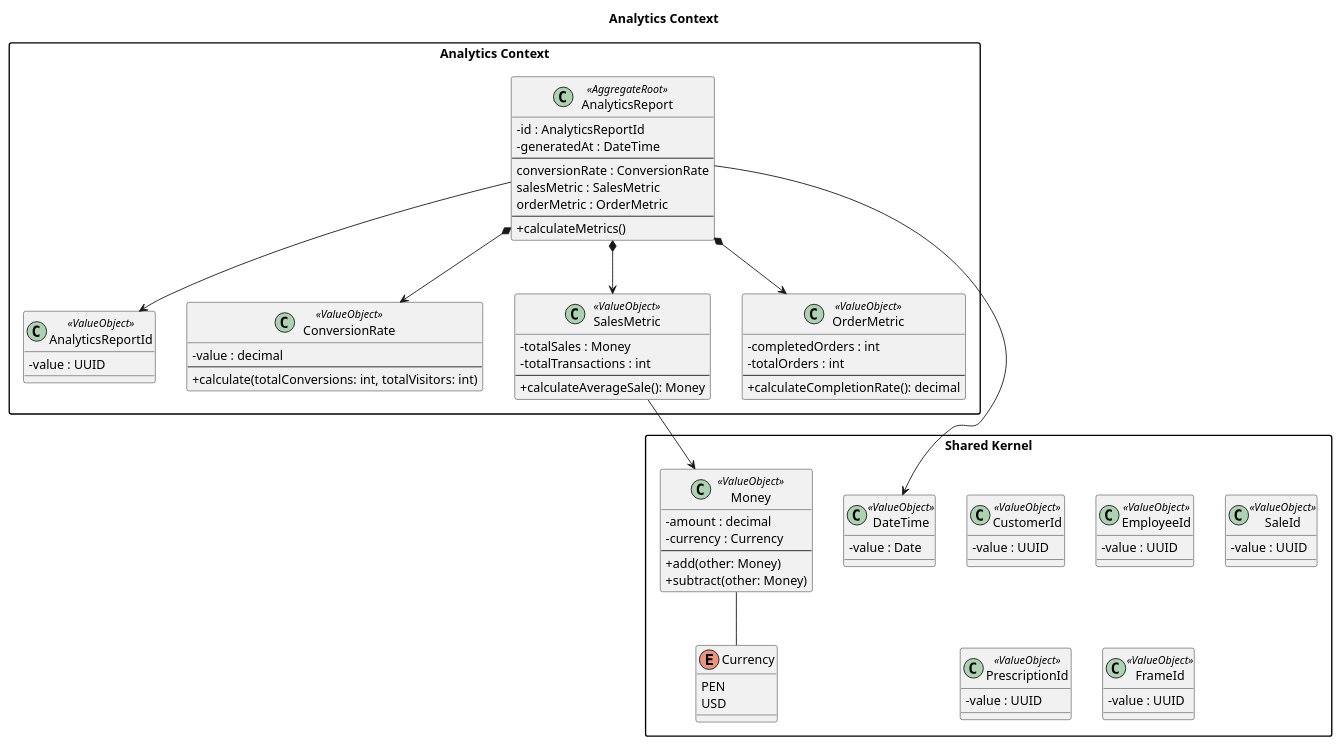
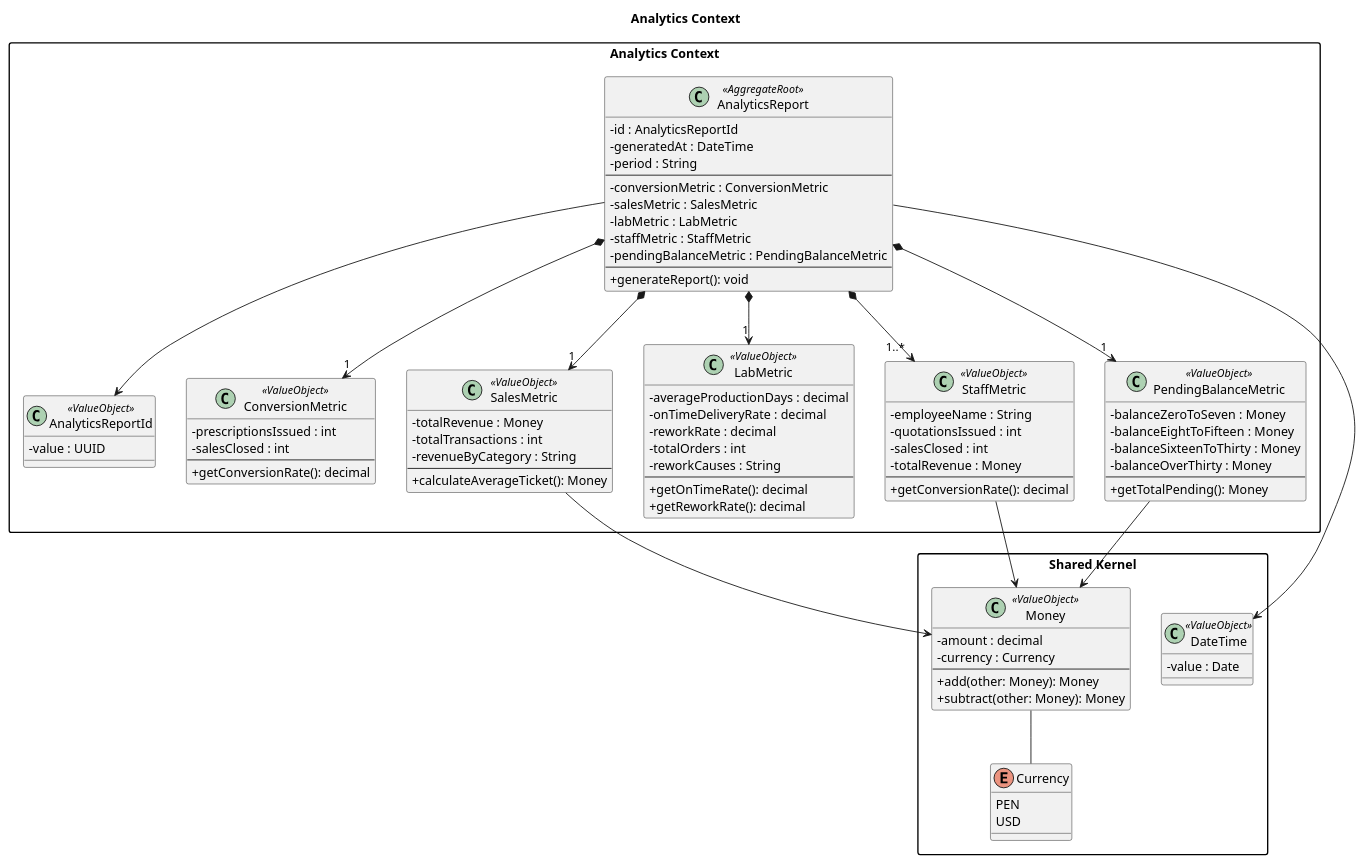
The diagram in docs/class-diagrams-backend/class-diagram-analytics-shared.puml (1asi0730-2610-10203-OptiFlow/OptiFlow-Report-Stable), drawn with PlantUML before and after one commit. The commit also changed 5 other files, not shown here.

Commit message:
docs(backend-diagrams): update backend class diagrams

```diff
--- a/docs/class-diagrams-backend/class-diagram-analytics-shared.puml
+++ b/docs/class-diagrams-backend/class-diagram-analytics-shared.puml
@@ -1,89 +1,100 @@
 @startuml
 title Analytics Context
 skinparam classAttributeIconSize 0
 skinparam packageStyle rectangle
 
 package "Shared Kernel" {
-class "CustomerId" <<ValueObject>> {
-- value : UUID
-}
-class "EmployeeId" <<ValueObject>> {
-- value : UUID
-}
-class "SaleId" <<ValueObject>> {
-- value : UUID
-}
-class "PrescriptionId" <<ValueObject>> {
-- value : UUID
-}
-class "FrameId" <<ValueObject>> {
-- value : UUID
-}
 class "DateTime" <<ValueObject>> {
 - value : Date
 }
 class "Money" <<ValueObject>> {
 - amount : decimal
 - currency : Currency
 --
-+ add(other: Money)
-+ subtract(other: Money)
++ add(other: Money): Money
++ subtract(other: Money): Money
 }
 enum Currency {
 PEN
 USD
 }
 Money -- Currency
 }
 
-
 package "Analytics Context" {
-
 
 class "AnalyticsReportId" <<ValueObject>> {
 - value : UUID
 }
 
 class "AnalyticsReport" <<AggregateRoot>> {
 - id : AnalyticsReportId
 - generatedAt : DateTime
+- period : String
 --
-conversionRate : ConversionRate
-salesMetric : SalesMetric
-orderMetric : OrderMetric
+- conversionMetric : ConversionMetric
+- salesMetric : SalesMetric
+- labMetric : LabMetric
+- staffMetric : StaffMetric
+- pendingBalanceMetric : PendingBalanceMetric
 --
-+ calculateMetrics()
++ generateReport(): void
 }
 
-class "ConversionRate" <<ValueObject>> {
-- value : decimal
+class "ConversionMetric" <<ValueObject>> {
+- prescriptionsIssued : int
+- salesClosed : int
 --
-+ calculate(totalConversions: int, totalVisitors: int)
++ getConversionRate(): decimal
 }
 
 class "SalesMetric" <<ValueObject>> {
-- totalSales : Money
+- totalRevenue : Money
 - totalTransactions : int
+- revenueByCategory : String
 --
-+ calculateAverageSale(): Money
++ calculateAverageTicket(): Money
 }
 
-class "OrderMetric" <<ValueObject>> {
-- completedOrders : int
+class "LabMetric" <<ValueObject>> {
+- averageProductionDays : decimal
+- onTimeDeliveryRate : decimal
+- reworkRate : decimal
 - totalOrders : int
+- reworkCauses : String
 --
-+ calculateCompletionRate(): decimal
++ getOnTimeRate(): decimal
++ getReworkRate(): decimal
 }
 
-' Relaciones internas (correctas)
-AnalyticsReport *--> ConversionRate
-AnalyticsReport *--> SalesMetric
-AnalyticsReport *--> OrderMetric
+class "StaffMetric" <<ValueObject>> {
+- employeeName : String
+- quotationsIssued : int
+- salesClosed : int
+- totalRevenue : Money
+--
++ getConversionRate(): decimal
+}
 
+class "PendingBalanceMetric" <<ValueObject>> {
+- balanceZeroToSeven : Money
+- balanceEightToFifteen : Money
+- balanceSixteenToThirty : Money
+- balanceOverThirty : Money
+--
++ getTotalPending(): Money
+}
+
+AnalyticsReport --> AnalyticsReportId
 AnalyticsReport --> DateTime
+AnalyticsReport *--> "1" ConversionMetric
+AnalyticsReport *--> "1" SalesMetric
+AnalyticsReport *--> "1" LabMetric
+AnalyticsReport *--> "1..* " StaffMetric
+AnalyticsReport *--> "1" PendingBalanceMetric
 SalesMetric --> Money
-AnalyticsReport --> AnalyticsReportId
-
+StaffMetric --> Money
+PendingBalanceMetric --> Money
 }
 
 @enduml
```
